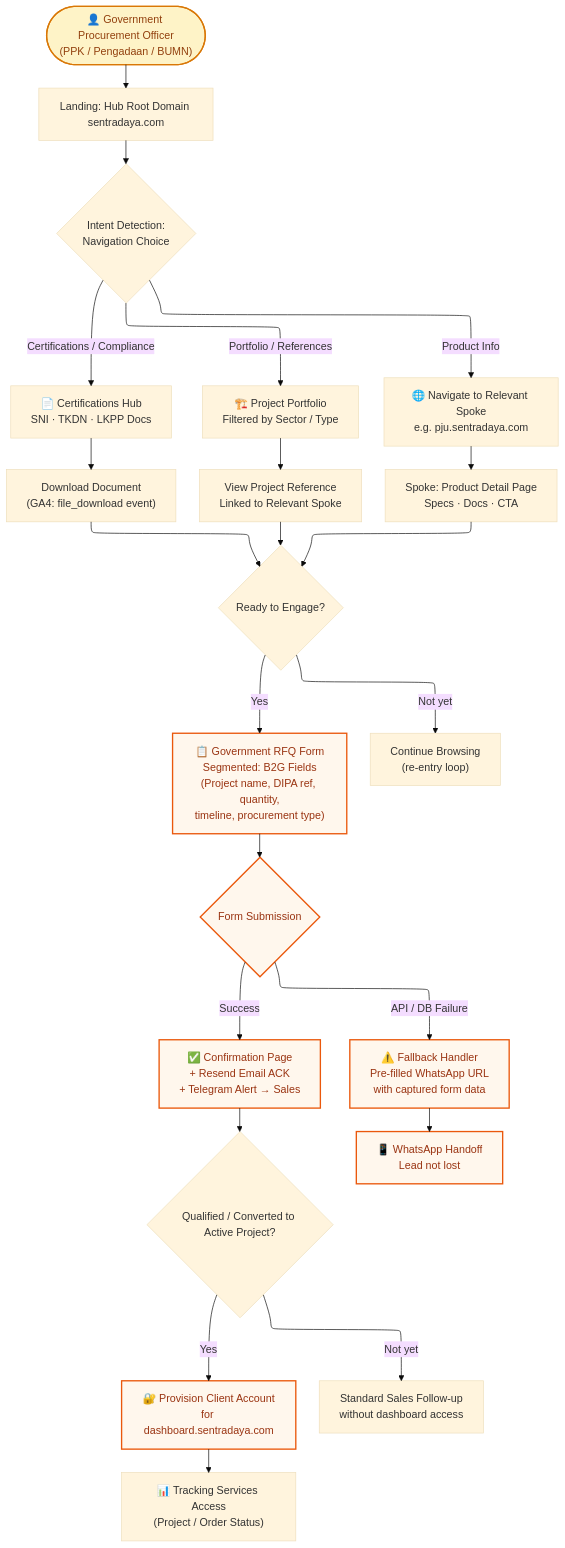
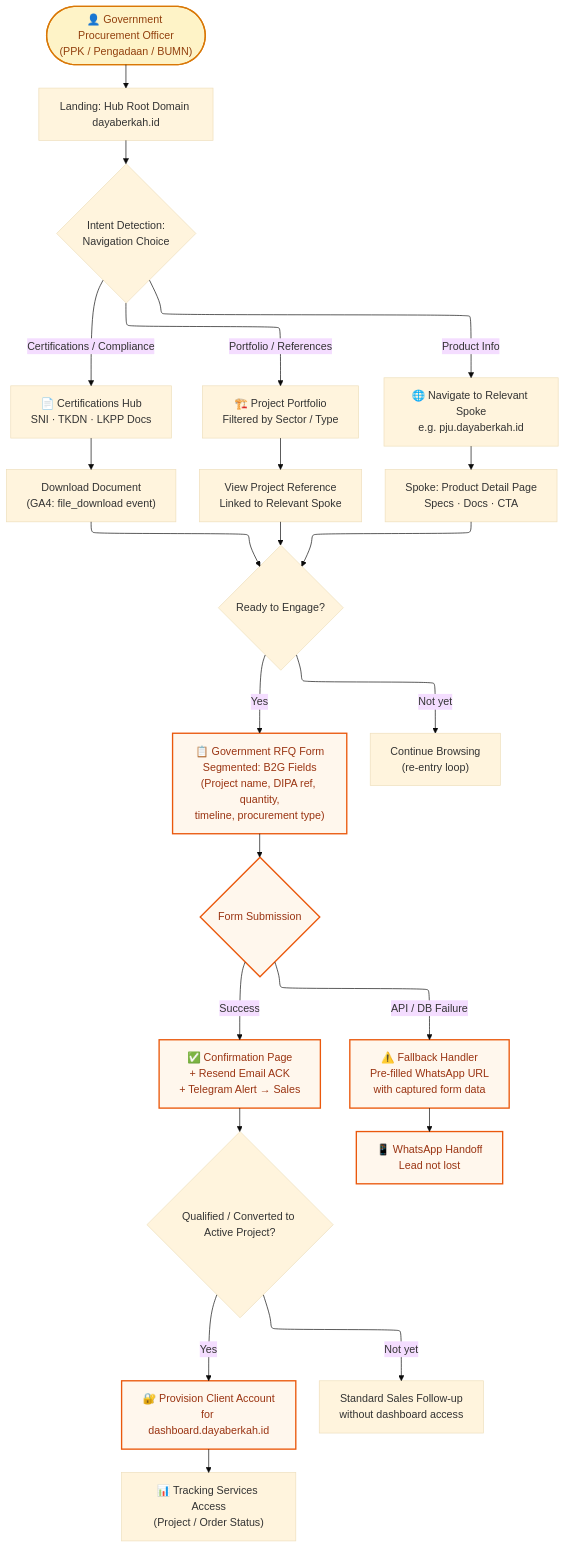
Before and after one commit to pxrzival404/arostech-hub: the second of 3 diagrams in docs/core/prd/prd-v3.md, drawn with Mermaid (base theme). The commit also changed other lines of this file and 27 other files, not shown here.

````diff
--- a/docs/core/prd/prd-v3.md
+++ b/docs/core/prd/prd-v3.md
@@ -175,37 +175,37 @@
 ```mermaid
 ---
 config:
   layout: elk
 ---
 flowchart TD
     classDef entry fill:#fef3c7,stroke:#d97706,stroke-width:2px,color:#92400e
     classDef conversion fill:#fff7ed,stroke:#ea580c,stroke-width:2px,color:#9a3412
 
     A(["👤 Government Procurement Officer\n(PPK / Pengadaan / BUMN)"])
-    A --> B["Landing: Hub Root Domain sentradaya.com"]
+    A --> B["Landing: Hub Root Domain dayaberkah.id"]
     B --> C{"Intent Detection:\nNavigation Choice"}
     C -->|"Certifications / Compliance"| D["📄 Certifications Hub\nSNI · TKDN · LKPP Docs"]
     C -->|"Portfolio / References"| E["🏗️ Project Portfolio\nFiltered by Sector / Type"]
-    C -->|"Product Info"| F["🌐 Navigate to Relevant Spoke\ne.g. pju.sentradaya.com"]
+    C -->|"Product Info"| F["🌐 Navigate to Relevant Spoke\ne.g. pju.dayaberkah.id"]
     D --> G["Download Document\n(GA4: file_download event)"]
     E --> H["View Project Reference\nLinked to Relevant Spoke"]
     F --> I["Spoke: Product Detail Page\nSpecs · Docs · CTA"]
     G & H & I --> J{"Ready to Engage?"}
     J -->|"Yes"| K["📋 Government RFQ Form\nSegmented: B2G Fields\n(Project name, DIPA ref, quantity,\ntimeline, procurement type)"]
     J -->|"Not yet"| L["Continue Browsing\n(re-entry loop)"]
     K --> M{"Form Submission"}
     M -->|"Success"| N["✅ Confirmation Page\n+ Resend Email ACK\n+ Telegram Alert → Sales"]
     N --> Q{"Qualified / Converted to Active Project?"}
-    Q -->|"Yes"| R["🔐 Provision Client Account\nfor dashboard.sentradaya.com"]
+    Q -->|"Yes"| R["🔐 Provision Client Account\nfor dashboard.dayaberkah.id"]
     R --> S["📊 Tracking Services Access\n(Project / Order Status)"]
     Q -->|"Not yet"| T["Standard Sales Follow-up\nwithout dashboard access"]
     M -->|"API / DB Failure"| O["⚠️ Fallback Handler\nPre-filled WhatsApp URL\nwith captured form data"]
     O --> P["📱 WhatsApp Handoff\nLead not lost"]
     class A entry
     class K conversion
     class M conversion
     class N conversion
     class O conversion
     class P conversion
     class R conversion
 ```
````
